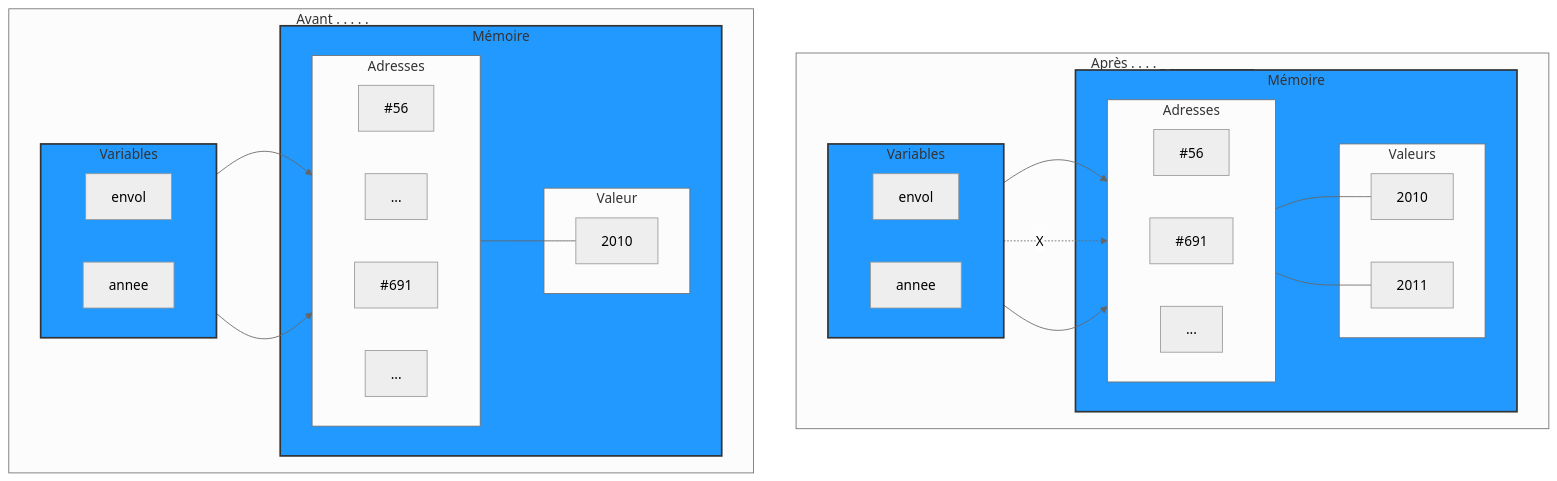
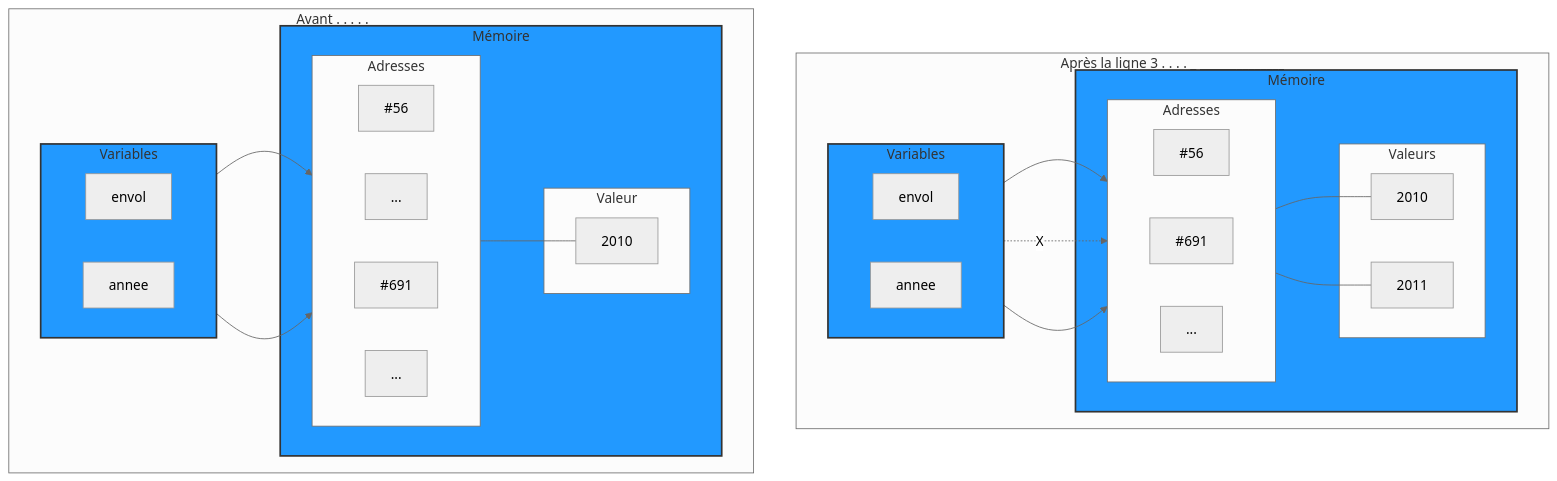
The first of 2 diagrams in docs/chapitre1.md (Lisra-git/MergeCommitMkDocs42), drawn with Mermaid (neutral theme) before and after one commit. The commit also changed other lines of this file, not shown here.

````diff
--- a/docs/chapitre1.md
+++ b/docs/chapitre1.md
@@ -102,59 +102,59 @@
     ```mermaid 
     flowchart TD
 
-    subgraph Après . . . . _ ______________
+    subgraph Après la ligne 3 . . . . _ ______________
     direction LR
     p[envol]-->A21
     q[annee]-.->|X|A21
     q[annee]-->A41
     subgraph t[Variables]
     style t fill:#29f,stroke:#333,stroke-width:2px
     direction LR
         q[annee]
         p[envol]
     end
     subgraph id2[Mémoire]
     style id2 fill:#29f,stroke:#333,stroke-width:2px
     subgraph pml[Adresses]
         direction RL
         A21[ #56]
         A41[ #691]
         A51[ ...]
     end
 
     subgraph iop[Valeurs]
         B111[2010]
         B11[2011]
     end
     A21---B111
     A41---B11
     end
     end
 
     subgraph Avant . . . . . _ ______________
     direction LR
     envol-->A2
     annee-->A2
     subgraph Variables
     style Variables fill:#29f,stroke:#333,stroke-width:2px
     direction LR
         annee
         envol
     end
     subgraph id[Mémoire]
     style id fill:#29f,stroke:#333,stroke-width:2px
     subgraph Adresses
         direction RL
         A2[#56]
         A3[...]
         A4[#691]
         A5[...]
     end
 
     subgraph Valeur
         B[2010]
     end
     A2---B
     end
     end
     ```
````
